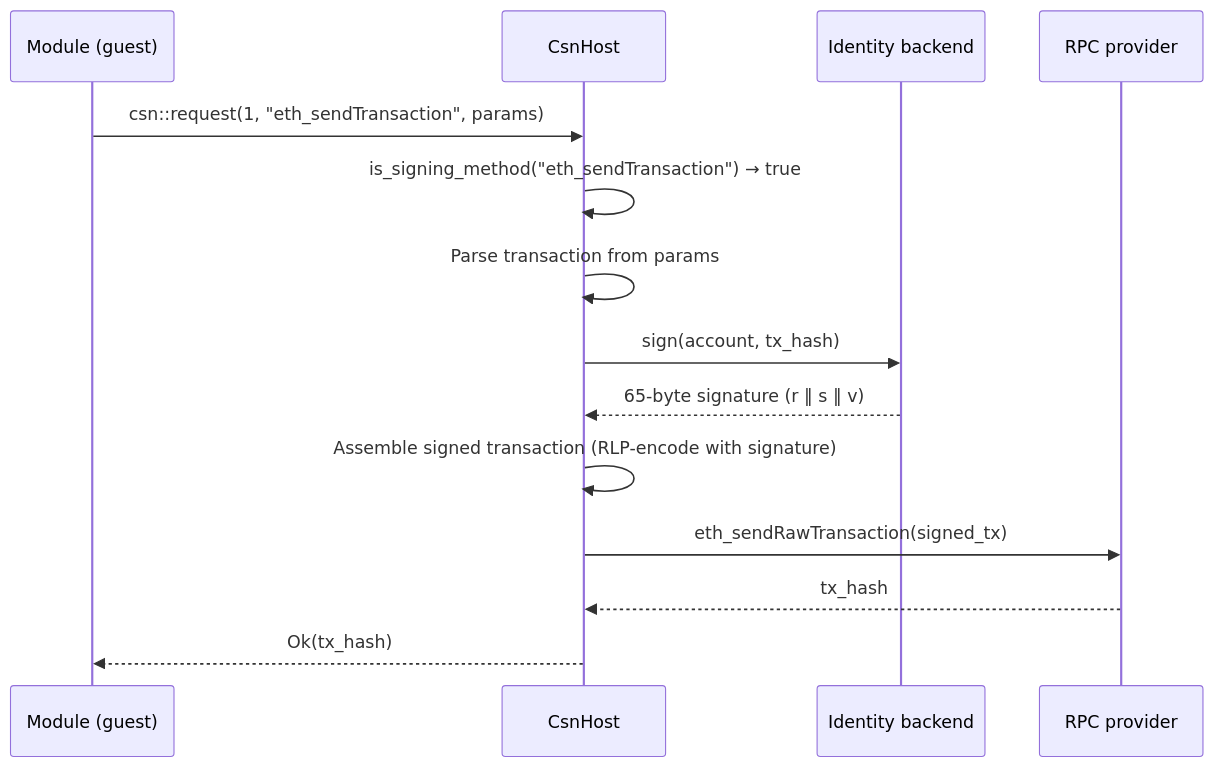
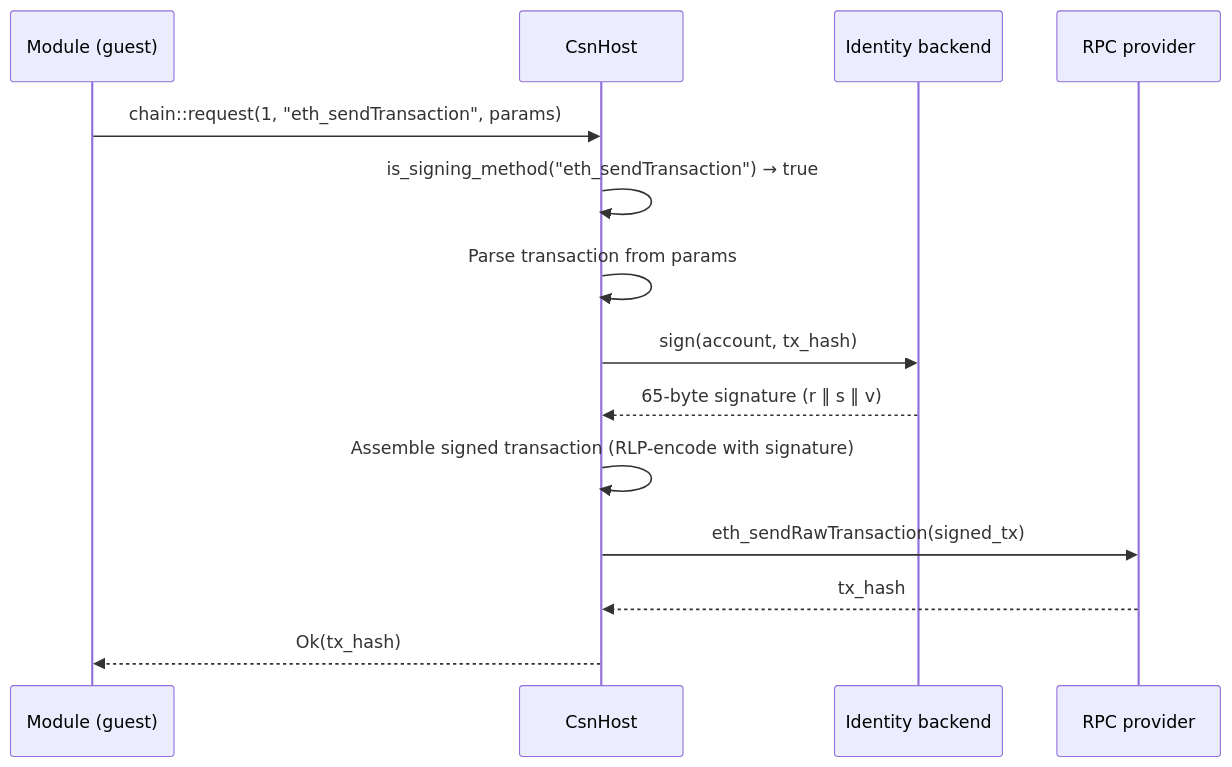
Before and after one commit to bleu/nullis-shepherd: the second of 2 diagrams in docs/07-rpc-namespace-design.md, drawn with Mermaid. The commit also changed other lines of this file and 45 other files, not shown here.

````diff
--- a/docs/07-rpc-namespace-design.md
+++ b/docs/07-rpc-namespace-design.md
@@ -276,17 +283,17 @@
 ```mermaid
 sequenceDiagram
     participant M as Module (guest)
     participant C as CsnHost
     participant I as Identity backend
     participant R as RPC provider
 
-    M->>C: csn::request(1, "eth_sendTransaction", params)
+    M->>C: chain::request(1, "eth_sendTransaction", params)
     C->>C: is_signing_method("eth_sendTransaction") → true
     C->>C: Parse transaction from params
     C->>I: sign(account, tx_hash)
     I-->>C: 65-byte signature (r ‖ s ‖ v)
     C->>C: Assemble signed transaction (RLP-encode with signature)
     C->>R: eth_sendRawTransaction(signed_tx)
     R-->>C: tx_hash
     C-->>M: Ok(tx_hash)
 ```
````
